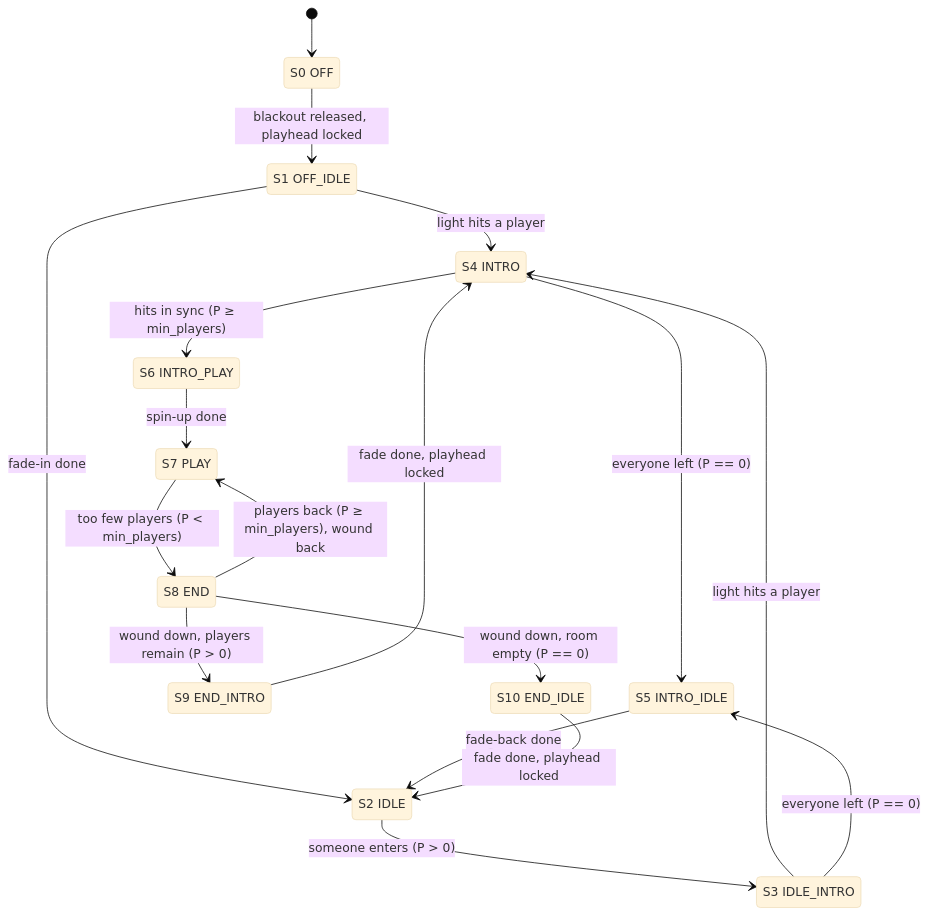
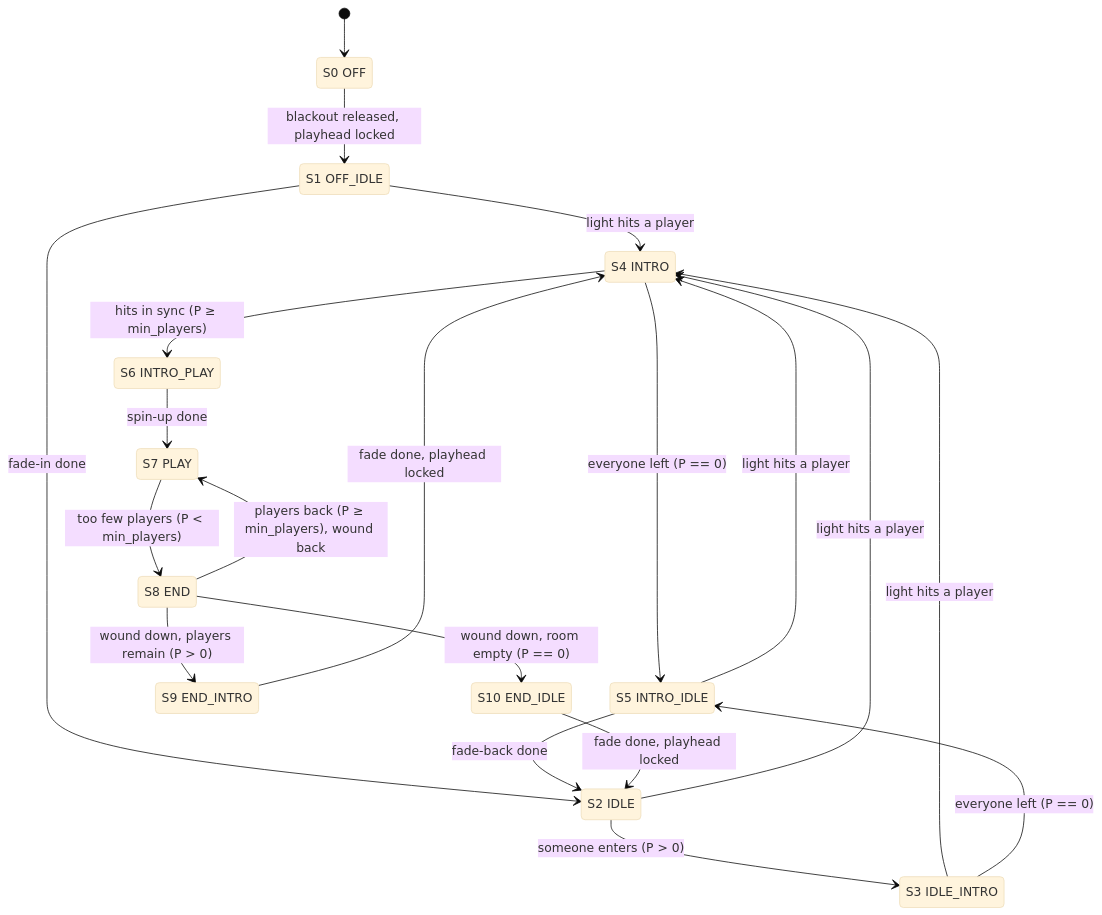
Before and after one commit to moostrik/Poser2: the diagram in apps/white_space/docs/STATES.md, drawn with Mermaid (base theme). The commit also changed other lines of this file and 2 other files, not shown here.

Commit message:
intro hit fix

````diff
--- a/apps/white_space/docs/STATES.md
+++ b/apps/white_space/docs/STATES.md
@@ -66,44 +66,46 @@
 ```mermaid
 stateDiagram-v2
     %% box labels
     OFF        : S0 OFF
     OFF_IDLE   : S1 OFF_IDLE
     IDLE       : S2 IDLE
     IDLE_INTRO : S3 IDLE_INTRO
     INTRO      : S4 INTRO
     INTRO_IDLE : S5 INTRO_IDLE
     INTRO_PLAY : S6 INTRO_PLAY
     PLAY       : S7 PLAY
     END        : S8 END
     END_INTRO  : S9 END_INTRO
     END_IDLE   : S10 END_IDLE
 
     %% transitions, grouped by source state
     [*]        --> OFF
 
     OFF        --> OFF_IDLE   : blackout released, playhead locked
 
     OFF_IDLE   --> INTRO      : light hits a player
     OFF_IDLE   --> IDLE       : fade-in done
 
+    IDLE       --> INTRO      : light hits a player
     IDLE       --> IDLE_INTRO : someone enters (P > 0)
 
     IDLE_INTRO --> INTRO      : light hits a player
     IDLE_INTRO --> INTRO_IDLE : everyone left (P == 0)
 
     INTRO      --> INTRO_IDLE : everyone left (P == 0)
     INTRO      --> INTRO_PLAY : hits in sync (P ≥ min_players)
 
+    INTRO_IDLE --> INTRO      : light hits a player
     INTRO_IDLE --> IDLE       : fade-back done
 
     INTRO_PLAY --> PLAY       : spin-up done
 
     PLAY       --> END        : too few players (P < min_players)
 
     END        --> PLAY       : players back (P ≥ min_players), wound back
     END        --> END_INTRO  : wound down, players remain (P > 0)
     END        --> END_IDLE   : wound down, room empty (P == 0)
 
     END_INTRO  --> INTRO      : fade done, playhead locked
     END_IDLE   --> IDLE       : fade done, playhead locked
 ```
````
